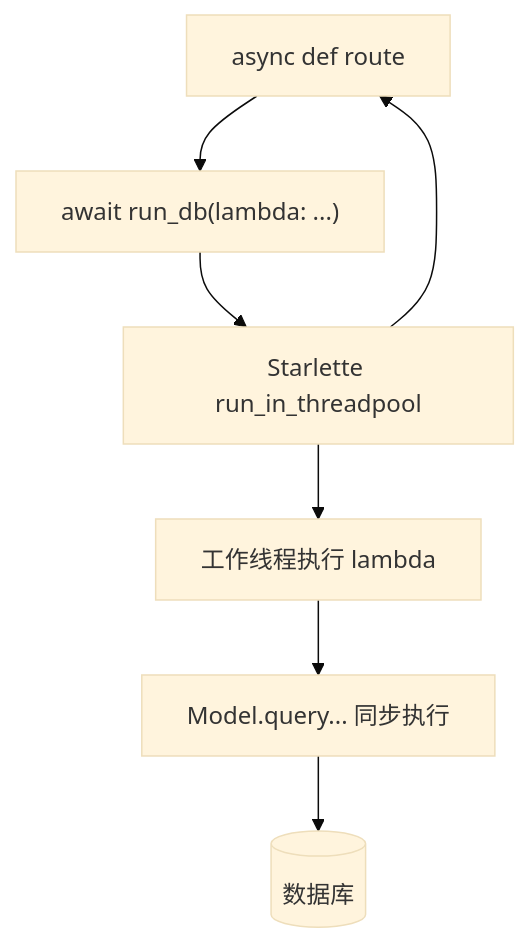
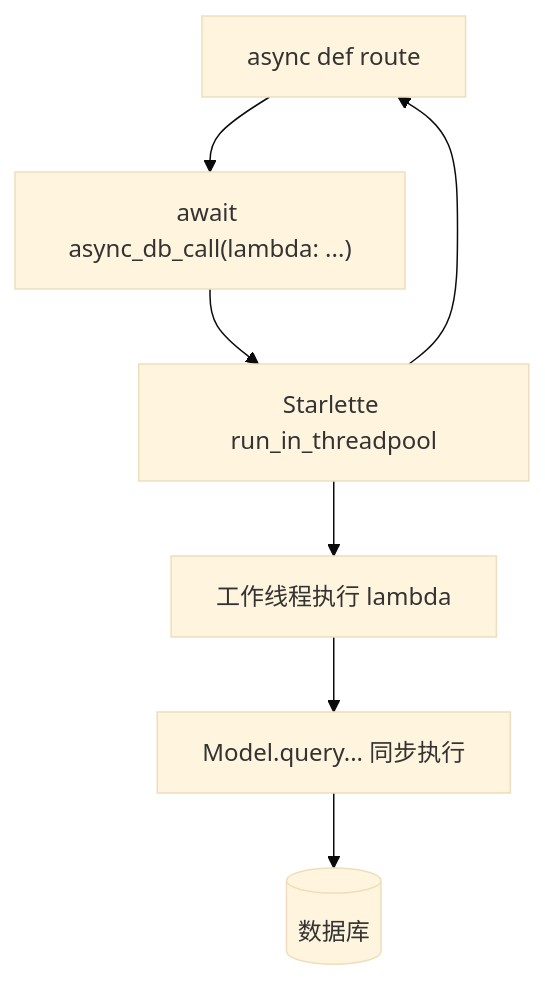
Before and after one commit to yafo-ai/yweb-core: the third of 8 diagrams in yweb-core/docs/orm_docs/22_hybrid_query_sync_async_refactor.md, drawn with Mermaid (base theme). The commit also changed other lines of this file and 11 other files, not shown here.

First line of the commit message:
docs: 全局同步 run_db → async_db_call 改名到文档与规则/技能

````diff
--- a/yweb-core/docs/orm_docs/22_hybrid_query_sync_async_refactor.md
+++ b/yweb-core/docs/orm_docs/22_hybrid_query_sync_async_refactor.md
@@ -104,9 +110,9 @@
 ```mermaid
 flowchart TD
-    A[async def route] --> B["await run_db(lambda: ...)"]
+    A[async def route] --> B["await async_db_call(lambda: ...)"]
     B --> C[Starlette run_in_threadpool]
     C --> D[工作线程执行 lambda]
     D --> E[Model.query... 同步执行]
     E --> F[(数据库)]
     C --> A
 ```
````
